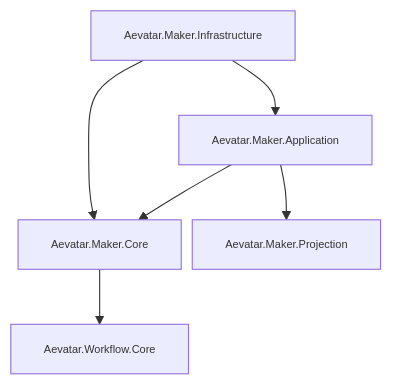
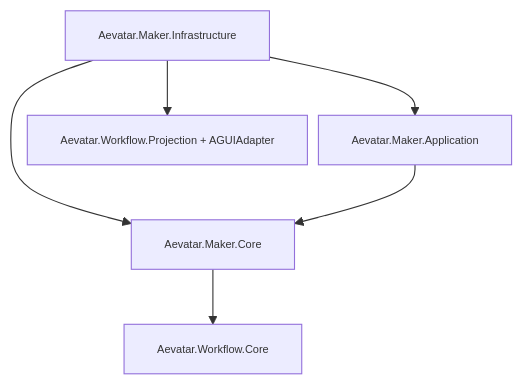
Before and after one commit to aevatarAI/aevatar: the diagram in src/maker/README.md, drawn with Mermaid. The commit also changed other lines of this file and 8 other files, not shown here.

First line of the commit message:
Enhance Maker infrastructure with new workflow projection and AGUI adapter integration

````diff
--- a/src/maker/README.md
+++ b/src/maker/README.md
@@ -15,9 +15,9 @@
 ```mermaid
 %%{init: {"maxTextSize": 100000, "flowchart": {"useMaxWidth": false, "nodeSpacing": 10, "rankSpacing": 50}, "themeVariables": {"fontSize": "10px"}}}%%
 flowchart TB
     A["Aevatar.Maker.Infrastructure"] --> B["Aevatar.Maker.Application"]
     A --> C["Aevatar.Maker.Core"]
+    A --> P["Aevatar.Workflow.Projection + AGUIAdapter"]
     B --> C
-    B --> D["Aevatar.Maker.Projection"]
     C --> E["Aevatar.Workflow.Core"]
 ```
````
